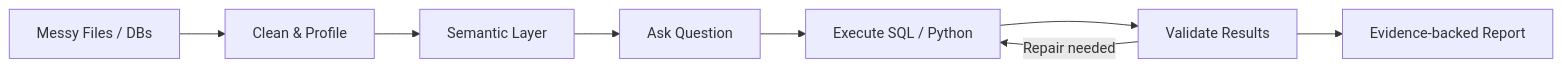
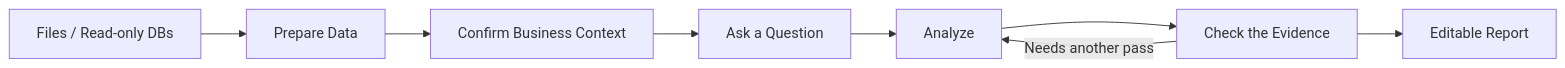
One commit to MoonMao42/ReceiptBI changed the diagram in README.md. Above: the diagram before and after it, drawn with Mermaid. The commit also changed other lines of this file and 1 other file, not shown here.

````diff
--- a/README.md
+++ b/README.md
@@ -20,10 +20,10 @@
 ```mermaid
 flowchart LR
-    data["Messy Files / DBs"] --> prep["Clean & Profile"]
-    prep --> semantic["Semantic Layer"]
-    semantic --> ask["Ask Question"]
-    ask --> run["Execute SQL / Python"]
-    run --> validate["Validate Results"]
-    validate -->|Repair needed| run
-    validate --> report["Evidence-backed Report"]
+    data["Files / Read-only DBs"] --> prep["Prepare Data"]
+    prep --> semantic["Confirm Business Context"]
+    semantic --> ask["Ask a Question"]
+    ask --> run["Analyze"]
+    run --> validate["Check the Evidence"]
+    validate -->|Needs another pass| run
+    validate --> report["Editable Report"]
 ```
````
